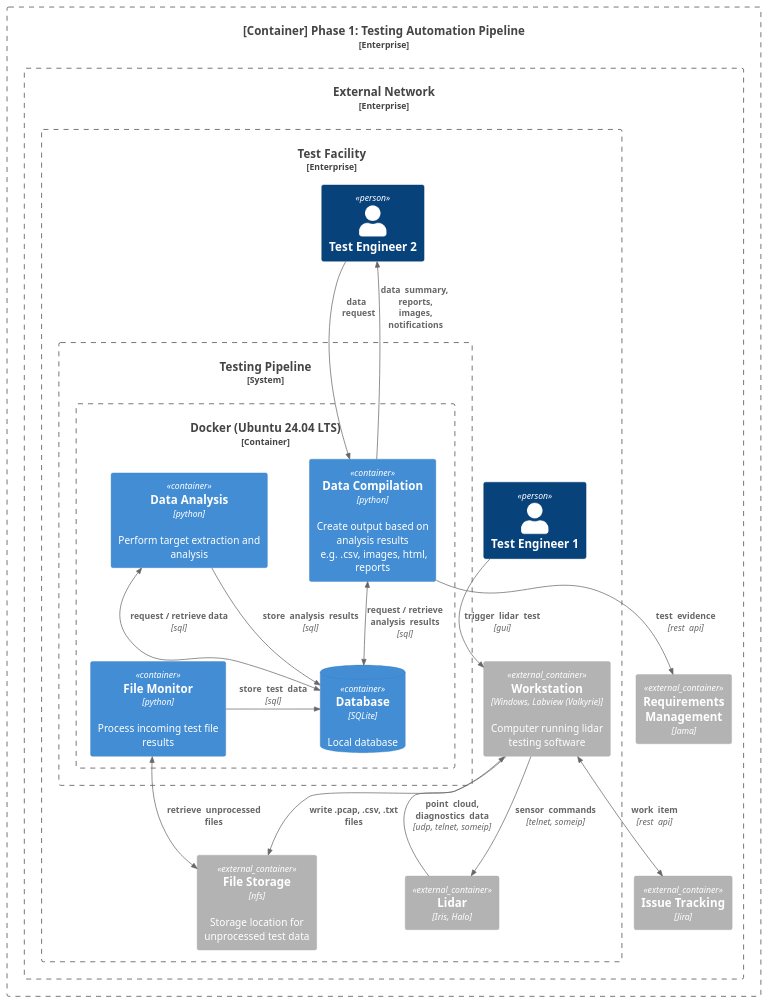
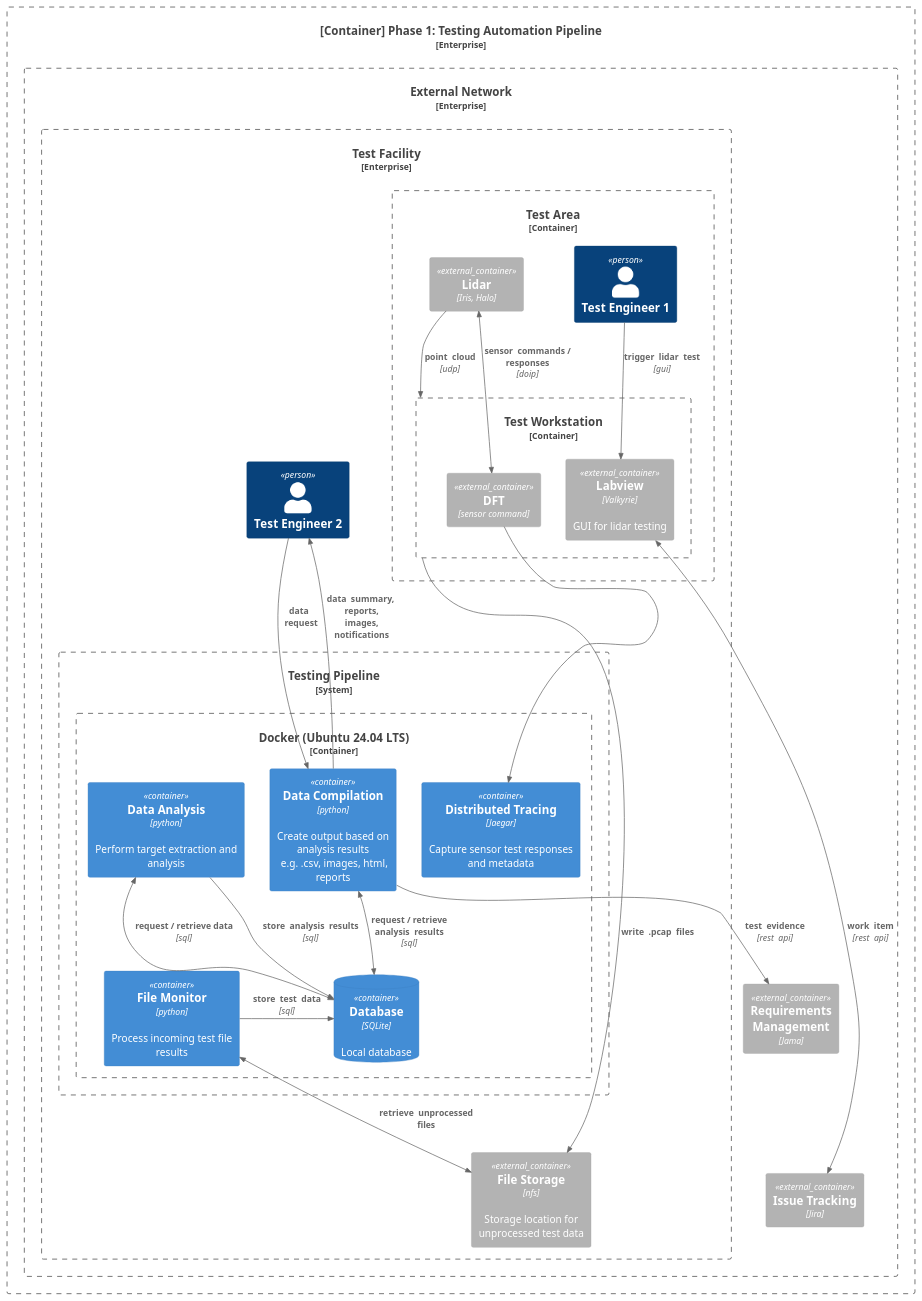
One commit to matthew-beisser/testing-automation-pipeline-3 changed the diagram in docs/architecture/views/container_diagram_phase_2.plantuml. Above: the diagram before and after it, drawn with PlantUML.

Commit message:
Messy phase 2 diagram. Need to split into 2

```diff
--- a/docs/architecture/views/container_diagram_phase_2.plantuml
+++ b/docs/architecture/views/container_diagram_phase_2.plantuml
@@ -1,50 +1,60 @@
-@startuml container_diagram_phase_1
+@startuml container_diagram_phase_2
 !include https://raw.githubusercontent.com/plantuml-stdlib/C4-PlantUML/master/C4_Context.puml
 !include https://raw.githubusercontent.com/plantuml-stdlib/C4-PlantUML/master/C4_Container.puml
 
 ' Elements
 Enterprise_Boundary(System, "[Container] Phase 1: Testing Automation Pipeline") {
     Enterprise_Boundary(CloudSystem, "External Network") {    
         Container_Ext(Jira, "Issue Tracking", "Jira")
         Container_Ext(Jama, "Requirements Management", "Jama")   
         
-        Enterprise_Boundary(FacilitySystem, "Test Facility") {
-            Person(Tester1, "Test Engineer 1")
-            Container_Ext(TestWorkStation, "Workstation", "Windows, Labview (Valkyrie)", "Computer running lidar testing software")
-            Container_Ext(Lidar, "Lidar", "Iris, Halo", "")
-            
+        Enterprise_Boundary(FacilitySystem, "Test Facility") {            
+            Container_Boundary(TestArea, "Test Area") {
+                Person(Tester1, "Test Engineer 1")
+
+                Container_Boundary(TestWorkstation, "Test Workstation") {
+                    Container_Ext(Valkyrie, "Labview", "Valkyrie", "GUI for lidar testing")
+                    Container_Ext(DFTLib, "DFT", "sensor command", "")
+                }
+
+                Container_Ext(Lidar, "Lidar", "Iris, Halo", "")
+            }
             Person(Tester2, "Test Engineer 2")
 
             Container_Ext(FileStorage, "File Storage", "nfs", "Storage location for unprocessed test data")
 
             System_Boundary(Pipeline, "Testing Pipeline") {
                 Container_Boundary(Docker, "Docker (Ubuntu 24.04 LTS)")  {
                     Container(FileMonitor, "File Monitor", "python", "Process incoming test file results")
                     ContainerDb(Database, "Database", "SQLite", "Local database")
                     Container(DataAnalysis, "Data Analysis", "python", "Perform target extraction and analysis")
                     Container(DataCompilation, "Data Compilation", "python", "Create output based on analysis results\n e.g. .csv, images, html, reports")
+                    Container(Jaegar, "Distributed Tracing", "Jaegar", "Capture sensor test responses and metadata")
                 }
             }
         }
     }
 }
 
 Lay_U(Jira, Jama)
 
 ' Relationships
-Rel(Tester1, TestWorkStation, "trigger  lidar  test", "gui")
-BiRel_Neighbor(Jira, TestWorkStation, "work  item", "rest  api")
-Rel(TestWorkStation, FileStorage, "write .pcap, .csv, .txt files")
+Rel(Tester1, Valkyrie, "trigger  lidar  test", "gui")
+BiRel_Neighbor(Jira, Valkyrie, "work  item", "rest  api")
+Rel(TestWorkstation, FileStorage, "write  .pcap  files")
+BiRel(DFTLib, Lidar, "sensor  commands / responses", "doip")
+'Rel(Valkyrie, DFTLib, "sensor  commands")
+
 BiRel(FileMonitor, FileStorage, "retrieve  unprocessed  files")
 Rel(DataAnalysis, Database, "store  analysis  results", "sql")
 BiRel(DataAnalysis, Database, "request / retrieve data", "sql")
 BiRel(DataCompilation, Database, "request / retrieve  analysis  results", "sql")
 Rel_Neighbor(FileMonitor, Database, "store  test  data", "sql")
-Rel(TestWorkStation, Lidar, "sensor  commands", "telnet, someip")
+Rel(DFTLib, Jaegar, "")
 
-Rel(Lidar, TestWorkStation, "point  cloud,\ndiagnostics  data", "udp, telnet, someip")
+Rel(Lidar, TestWorkstation, "point  cloud", "udp")
 Rel(Tester2, DataCompilation, "data\n  request")
 Rel(DataCompilation, Tester2, "data  summary,\n reports,\n images,\n notifications")
 Rel(DataCompilation, Jama, "test  evidence", "rest  api")
 
 @enduml
```
